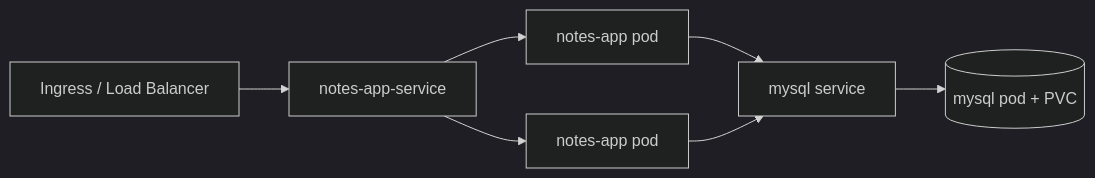
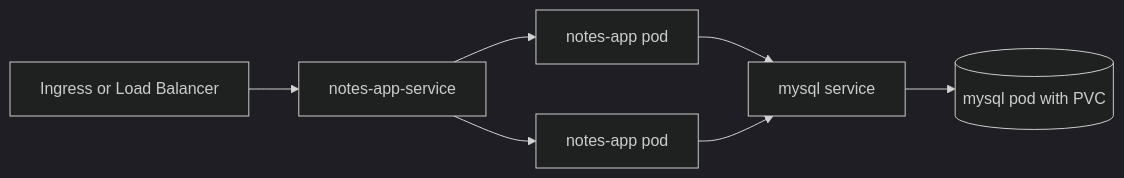
One commit to sudarshanvashisht/django-notes-app-k8s changed the third of 3 diagrams in README.md. Above: the diagram before and after it, drawn with Mermaid (dark theme). The commit also changed other lines of this file, not shown here.

````diff
--- a/README.md
+++ b/README.md
@@ -56,9 +49,9 @@
 ```mermaid
 flowchart LR
-    Ingress[Ingress / Load Balancer] --> AppSvc[notes-app-service]
+    Ingress[Ingress or Load Balancer] --> AppSvc[notes-app-service]
     AppSvc --> AppPod1[notes-app pod]
     AppSvc --> AppPod2[notes-app pod]
     AppPod1 --> MySQLSvc[mysql service]
     AppPod2 --> MySQLSvc
-    MySQLSvc --> MySQLPod[(mysql pod + PVC)]
+    MySQLSvc --> MySQLPod[(mysql pod with PVC)]
 ```
````
